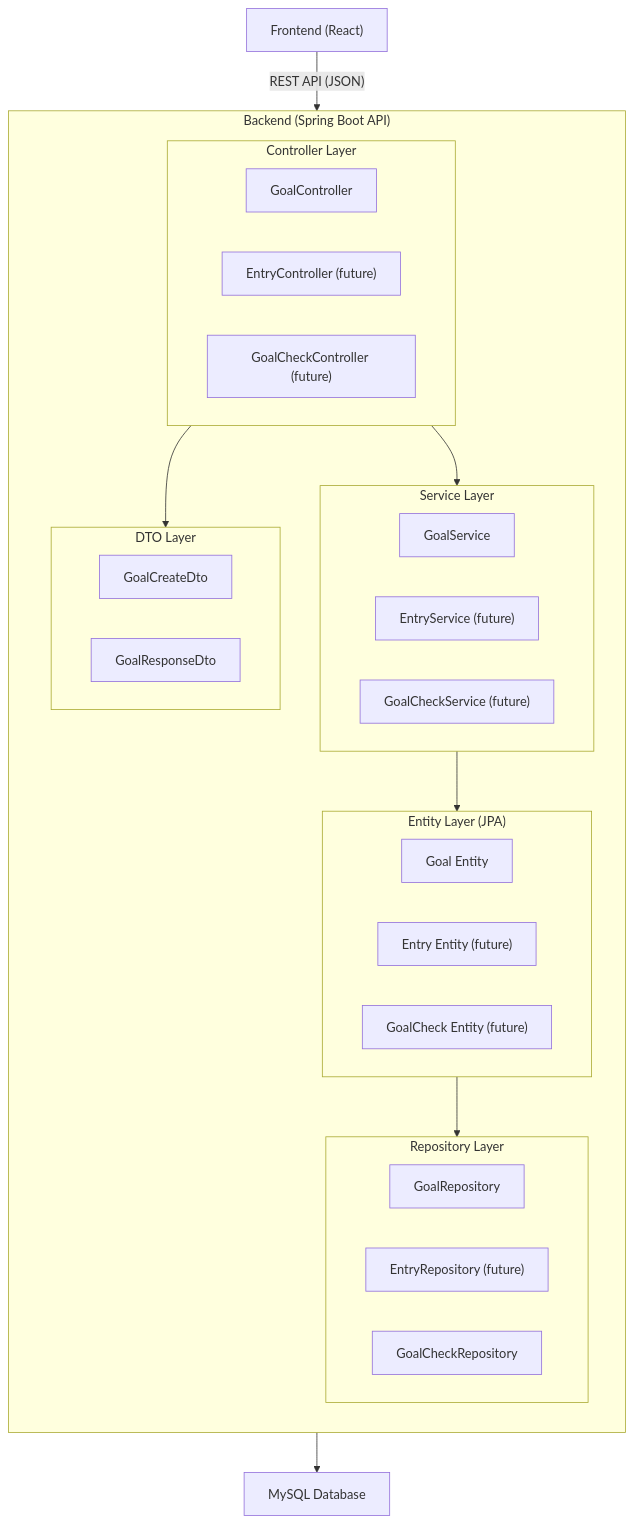
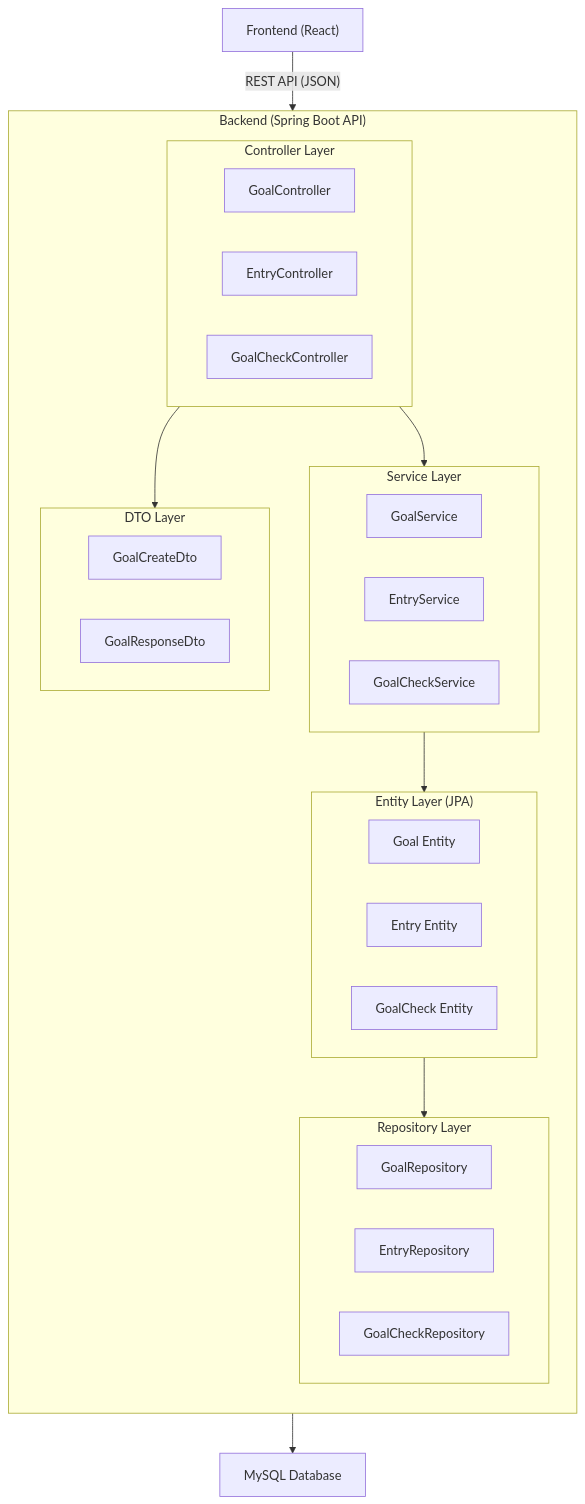
The diagram in README.md (tray0019/GLTP-Practice), drawn with Mermaid before and after one commit.

Commit message:
Remove 'future' labels from controllers and services

````diff
--- a/README.md
+++ b/README.md
@@ -1,50 +1,50 @@
 ```mermaid
 flowchart TD
     %% ===== FRONTEND =====
     FE["Frontend (React)"]
 
     %% ===== BACKEND =====
     subgraph BE["Backend (Spring Boot API)"]
         direction TB
 
         subgraph CTRL["Controller Layer"]
             GC["GoalController"]
-            EC["EntryController (future)"]
-            GCC["GoalCheckController (future)"]
+            EC["EntryController"]
+            GCC["GoalCheckController"]
         end
 
         subgraph DTO["DTO Layer"]
             GCD["GoalCreateDto"]
             GRD["GoalResponseDto"]
         end
 
         subgraph SRV["Service Layer"]
             GS["GoalService"]
-            ES["EntryService (future)"]
-            GCS["GoalCheckService (future)"]
+            ES["EntryService"]
+            GCS["GoalCheckService"]
         end
 
         subgraph ENT["Entity Layer (JPA)"]
             EGoal["Goal Entity"]
-            EEntry["Entry Entity (future)"]
-            ECheck["GoalCheck Entity (future)"]
+            EEntry["Entry Entity"]
+            ECheck["GoalCheck Entity"]
         end
 
         subgraph REP["Repository Layer"]
             GR["GoalRepository"]
-            ER["EntryRepository (future)"]
+            ER["EntryRepository"]
             GCR["GoalCheckRepository"]
         end
 
         CTRL --> DTO
         CTRL --> SRV
         SRV --> ENT
         ENT --> REP
     end
 
     %% ===== DATABASE =====
     DB["MySQL Database"]
 
     FE -->|"REST API (JSON)"| BE
     REP --> DB
 ```
````
